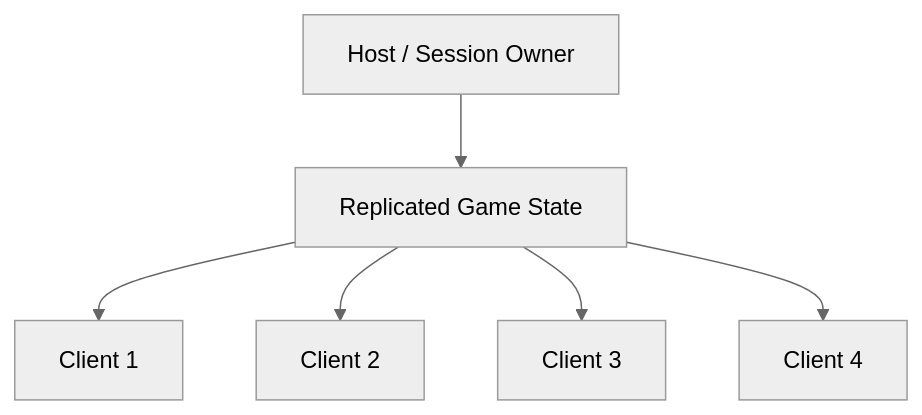
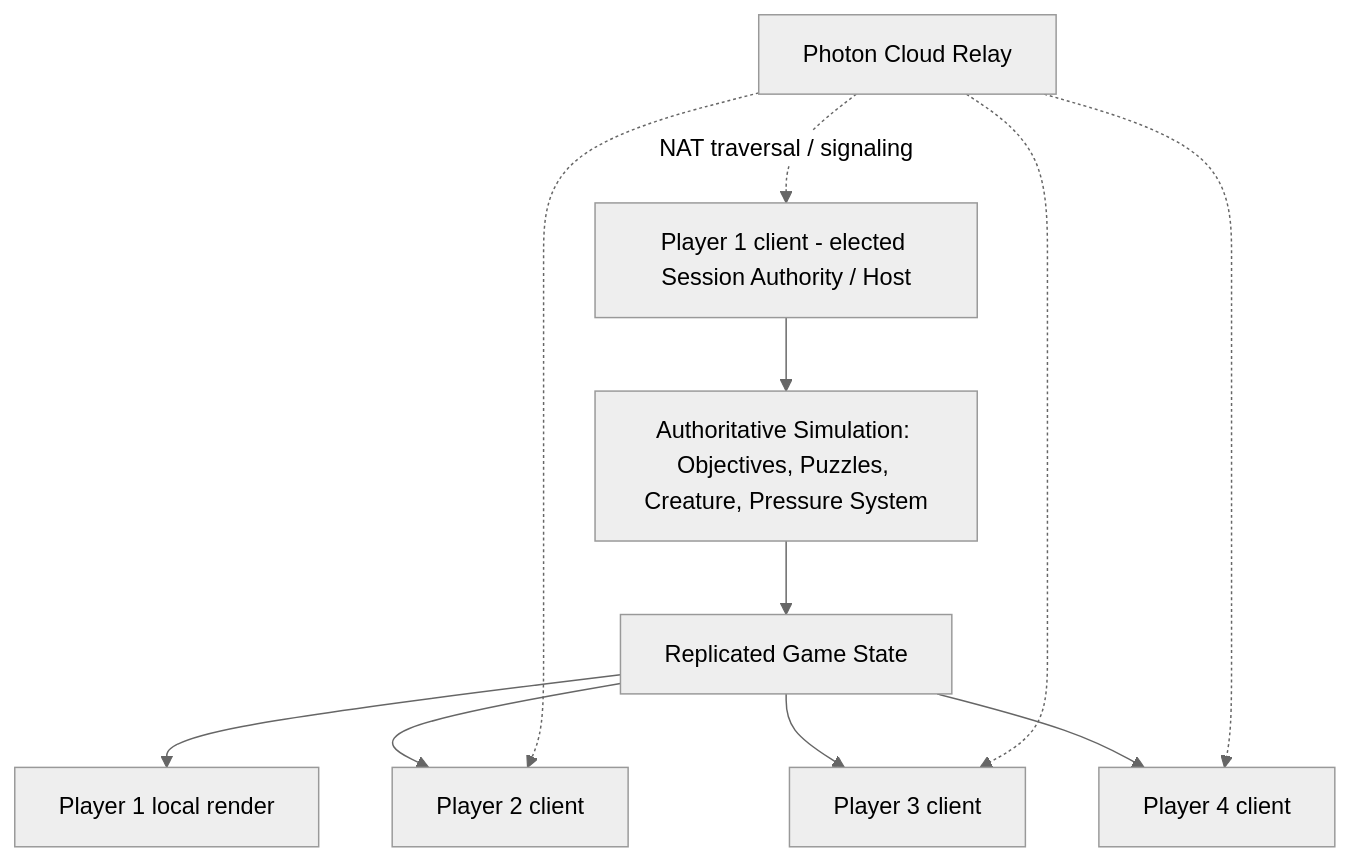
One commit to snehadpatel/QuestBit changed the first of 2 diagrams in Project-Echo/technical/NetworkArchitecture.md. Above: the diagram before and after it, drawn with Mermaid (neutral theme). The commit also changed other lines of this file and 16 other files, not shown here.

````diff
--- a/Project-Echo/technical/NetworkArchitecture.md
+++ b/Project-Echo/technical/NetworkArchitecture.md
@@ -27,8 +28,13 @@
 ```mermaid
 flowchart TD
-    A[Host / Session Owner] --> B[Replicated Game State]
-    B --> C[Client 1]
-    B --> D[Client 2]
-    B --> E[Client 3]
-    B --> F[Client 4]
+    P1[Player 1 client - elected Session Authority / Host] --> Sim[Authoritative Simulation: Objectives, Puzzles, Creature, Pressure System]
+    Sim --> Repl[Replicated Game State]
+    Repl --> P1UI[Player 1 local render]
+    Repl --> P2[Player 2 client]
+    Repl --> P3[Player 3 client]
+    Repl --> P4[Player 4 client]
+    Relay[Photon Cloud Relay] -.NAT traversal / signaling.-> P1
+    Relay -.-> P2
+    Relay -.-> P3
+    Relay -.-> P4
 ```
````
